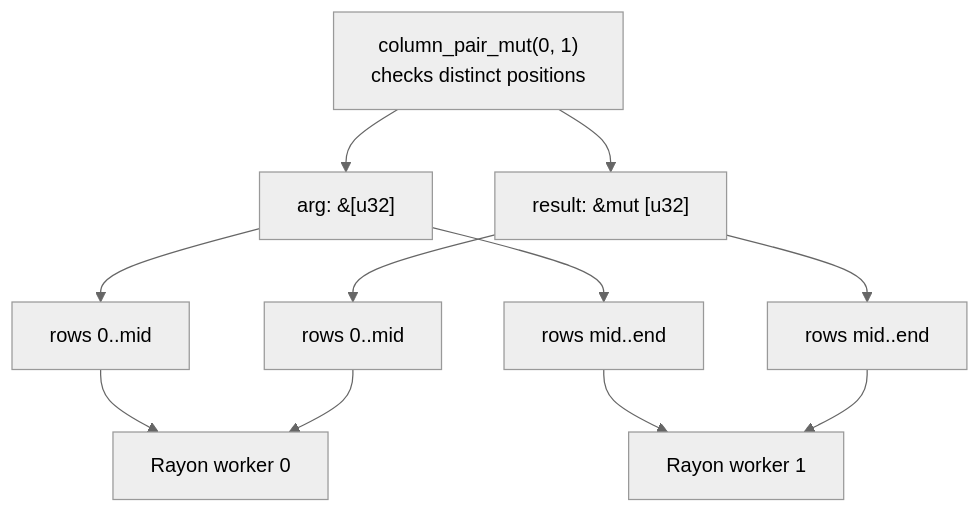
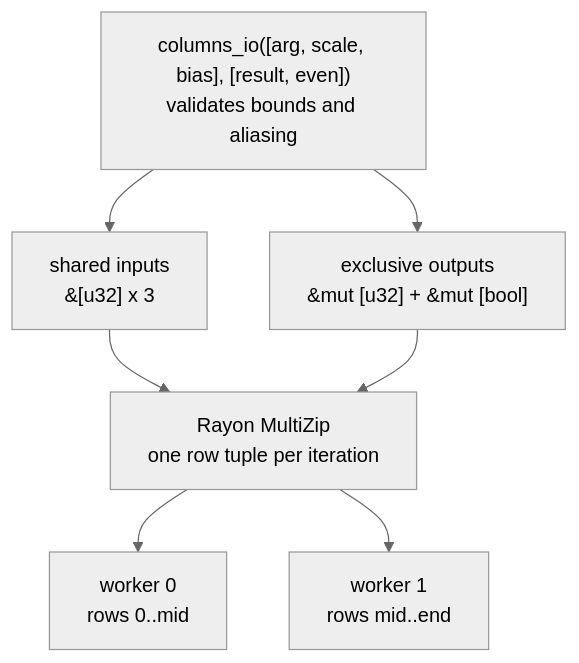
One commit to kjn-void/gd-rs changed the fourth of 5 diagrams in docs/high-level/table.md. Above: the diagram before and after it, drawn with Mermaid (neutral theme). The commit also changed other lines of this file and 5 other files, not shown here.

````diff
--- a/docs/high-level/table.md
+++ b/docs/high-level/table.md
@@ -239,14 +262,10 @@
 ```mermaid
 flowchart TD
-    Pair["column_pair_mut(0, 1)<br/>checks distinct positions"]
-    Pair --> Src["arg: &amp;[u32]"]
-    Pair --> Dst["result: &amp;mut [u32]"]
-    Src --> S0["rows 0..mid"]
-    Src --> S1["rows mid..end"]
-    Dst --> D0["rows 0..mid"]
-    Dst --> D1["rows mid..end"]
-    S0 --> W0["Rayon worker 0"]
-    D0 --> W0
-    S1 --> W1["Rayon worker 1"]
-    D1 --> W1
+    Select["columns_io([arg, scale, bias], [result, even])<br/>validates bounds and aliasing"]
+    Select --> Inputs["shared inputs<br/>&amp;[u32] x 3"]
+    Select --> Outputs["exclusive outputs<br/>&amp;mut [u32] + &amp;mut [bool]"]
+    Inputs --> MultiZip["Rayon MultiZip<br/>one row tuple per iteration"]
+    Outputs --> MultiZip
+    MultiZip --> W0["worker 0<br/>rows 0..mid"]
+    MultiZip --> W1["worker 1<br/>rows mid..end"]
 ```
````
